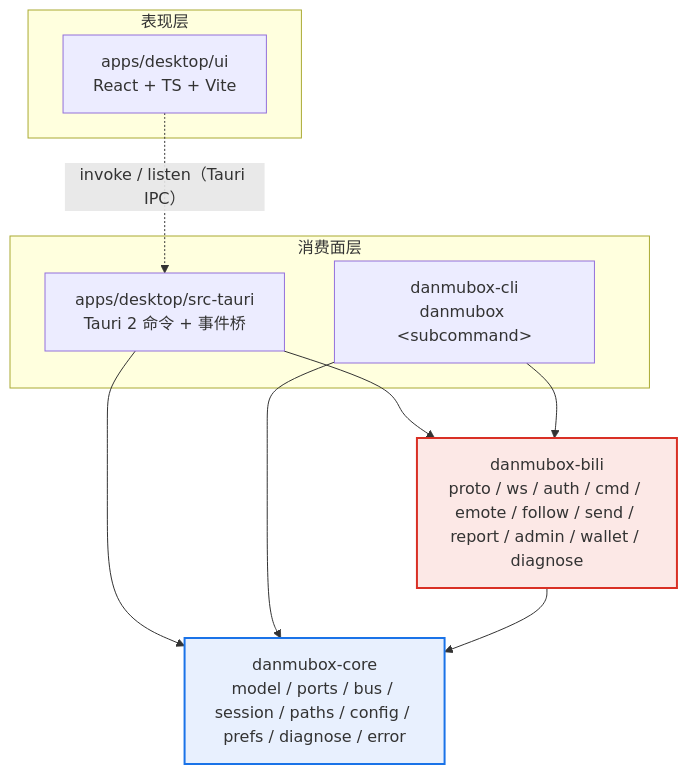
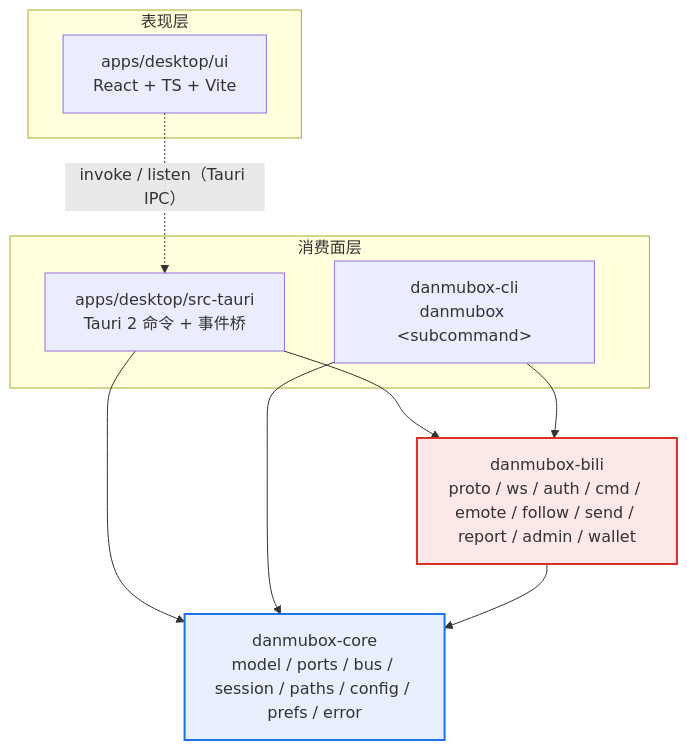
Before and after one commit to HakaseZ/danmubox: the first of 6 diagrams in docs/architecture.md, drawn with Mermaid. The commit also changed other lines of this file and 81 other files, not shown here.

First line of the commit message:
feat(workspace): 三端图标、macOS 产物整包签名、刷屏折叠改造、砍掉一键诊断

````diff
--- a/docs/architecture.md
+++ b/docs/architecture.md
@@ -36,26 +36,26 @@
 ```mermaid
 graph TD
   subgraph presentation["表现层"]
     WEB["apps/desktop/ui<br/>React + TS + Vite"]
   end
 
   subgraph consumers["消费面层"]
     SHELL["apps/desktop/src-tauri<br/>Tauri 2 命令 + 事件桥"]
     CLI["danmubox-cli<br/>danmubox &lt;subcommand&gt;"]
   end
 
-  BILI["danmubox-bili<br/>proto / ws / auth / cmd / emote / follow / send / report / admin / wallet / diagnose"]
-  CORE["danmubox-core<br/>model / ports / bus / session / paths / config / prefs / diagnose / error"]
+  BILI["danmubox-bili<br/>proto / ws / auth / cmd / emote / follow / send / report / admin / wallet"]
+  CORE["danmubox-core<br/>model / ports / bus / session / paths / config / prefs / error"]
 
   WEB -. "invoke / listen（Tauri IPC）" .-> SHELL
   SHELL --> BILI
   SHELL --> CORE
   CLI --> BILI
   CLI --> CORE
   BILI --> CORE
 
   classDef adapter fill:#fce8e6,stroke:#d93025,stroke-width:2px
   classDef core fill:#e8f0fe,stroke:#1a73e8,stroke-width:2px
   class BILI adapter
   class CORE core
 ```
````
